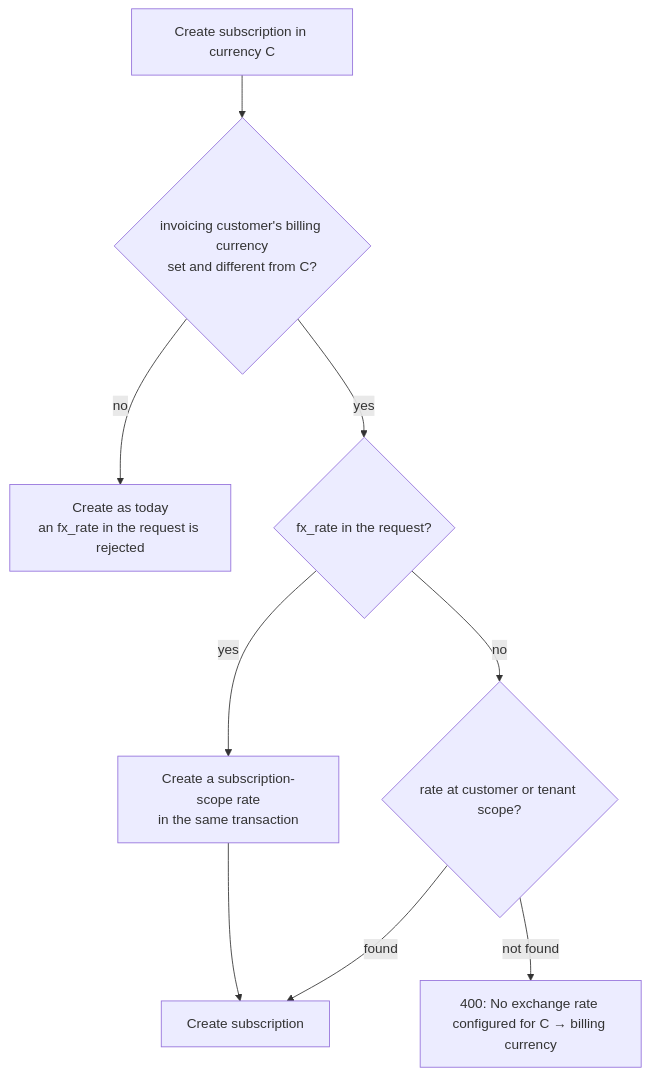
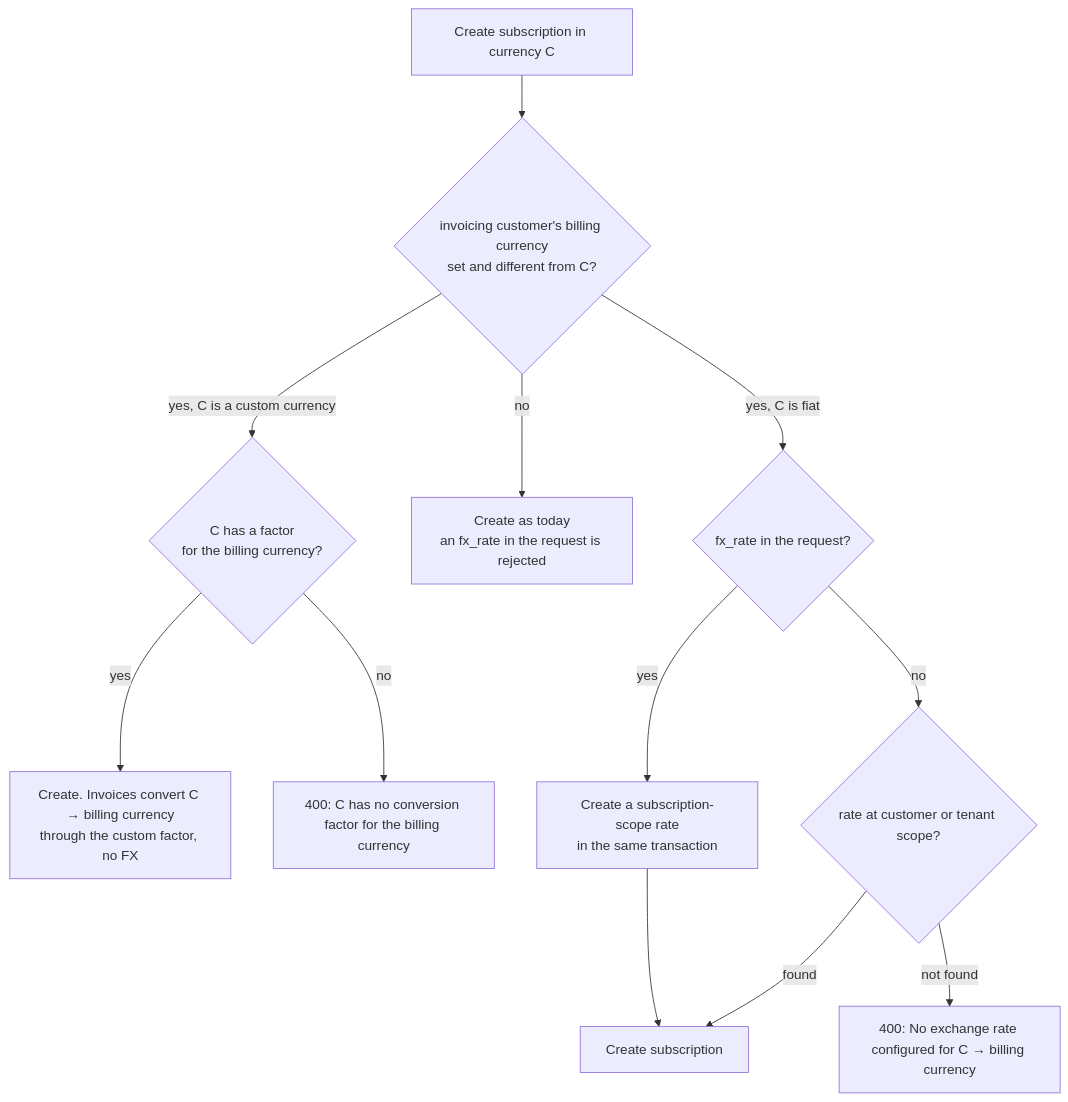
Before and after one commit to aghijap/flexprice-FLE-1411: the sixth of 6 diagrams in docs/design/2026-09-26-FLE-1383-adaptive-multi-currency-erd.md, drawn with Mermaid. The commit also changed other lines of this file, not shown here.

First line of the commit message:
docs(FLE-1383): custom currency converts once, straight to the billing currency

````diff
--- a/docs/design/2026-09-26-FLE-1383-adaptive-multi-currency-erd.md
+++ b/docs/design/2026-09-26-FLE-1383-adaptive-multi-currency-erd.md
@@ -524,10 +529,13 @@
 ```mermaid
 flowchart TD
     A["Create subscription in currency C"] --> B{"invoicing customer's billing currency<br/>set and different from C?"}
+    B -- "yes, C is a custom currency" --> CF{"C has a factor<br/>for the billing currency?"}
+    CF -- yes --> CREATE3["Create. Invoices convert C → billing currency<br/>through the custom factor, no FX"]
+    CF -- no --> RJC["400: C has no conversion factor for the billing currency"]
     B -- no --> CREATE["Create as today<br/>an fx_rate in the request is rejected"]
-    B -- yes --> INL{"fx_rate in the request?"}
+    B -- "yes, C is fiat" --> INL{"fx_rate in the request?"}
     INL -- yes --> ROW["Create a subscription-scope rate<br/>in the same transaction"] --> CREATE2["Create subscription"]
     INL -- no --> RES{"rate at customer or tenant scope?"}
     RES -- found --> CREATE2
     RES -- "not found" --> RJ["400: No exchange rate configured for C → billing currency"]
 ```
````
